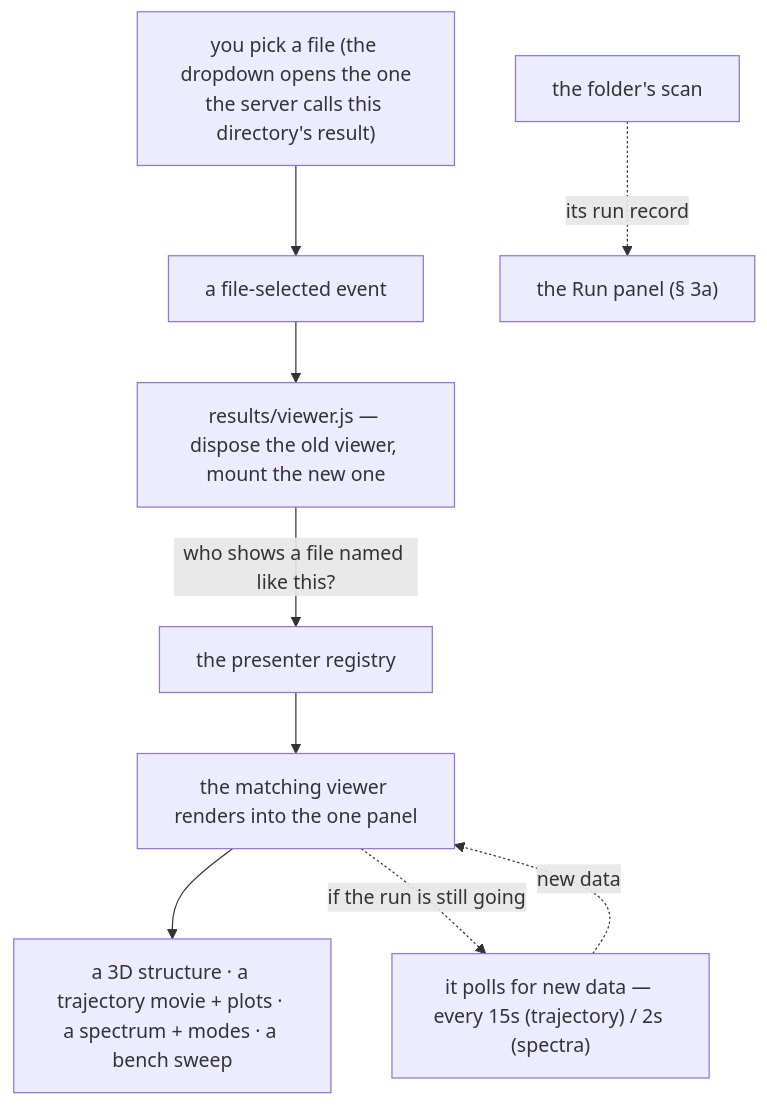
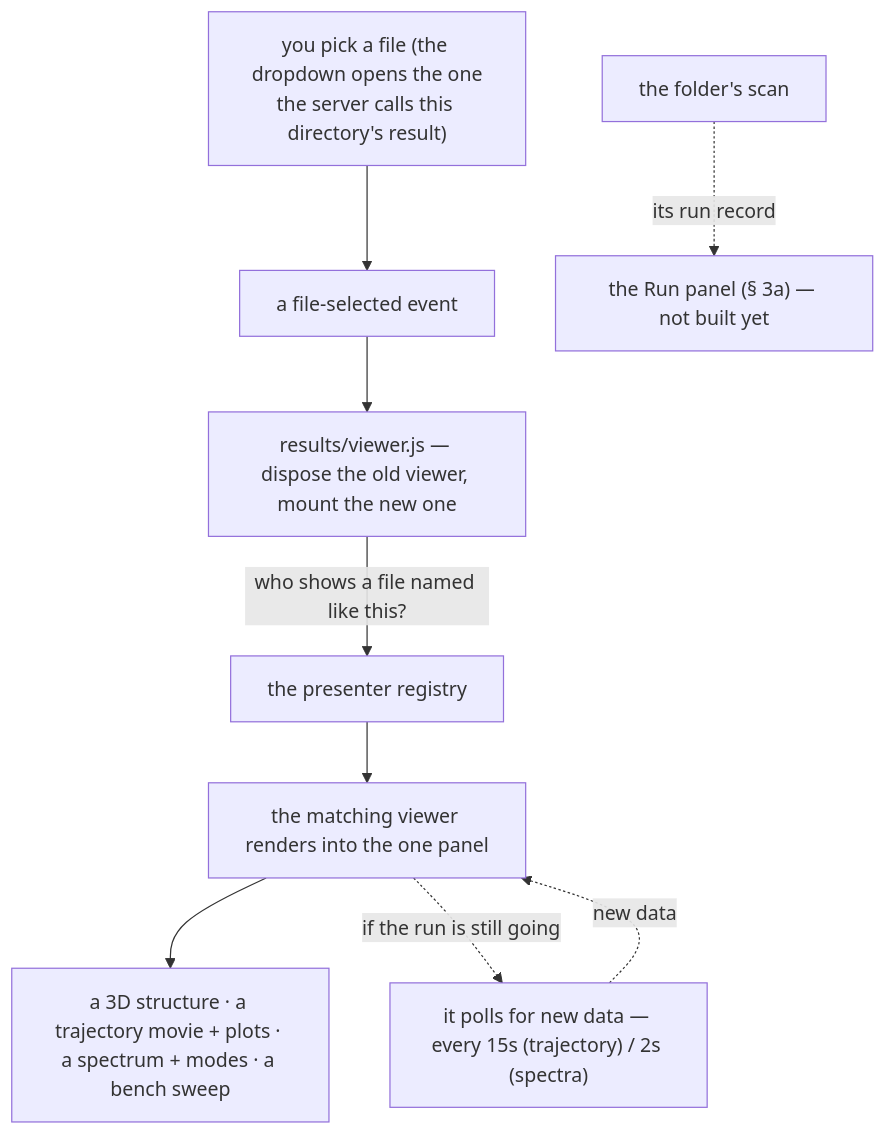
Before and after one commit to Qing-LAB/molbuilder: the second of 4 diagrams in docs/web/results.md, drawn with Mermaid. The commit also changed other lines of this file and 61 other files, not shown here.

````diff
--- a/docs/web/results.md
+++ b/docs/web/results.md
@@ -30,11 +100,11 @@
 ```mermaid
 flowchart TD
   U["you pick a file (the dropdown opens the one<br/>the server calls this directory's result)"] --> EV["a file-selected event"]
-  SC["the folder's scan"] -. "its run record" .-> RP["the Run panel (§ 3a)"]
+  SC["the folder's scan"] -. "its run record" .-> RP["the Run panel (§ 3a) — not built yet"]
   EV --> CTRL["results/viewer.js — dispose the old viewer, mount the new one"]
   CTRL -->|"who shows a file named like this?"| REG["the presenter registry"]
   REG --> ENG["the matching viewer renders into the one panel"]
   ENG --> S["a 3D structure · a trajectory movie + plots · a spectrum + modes · a bench sweep"]
   ENG -. "if the run is still going" .-> POLL["it polls for new data — every 15s (trajectory) / 2s (spectra)"]
   POLL -. "new data" .-> ENG
 ```
````
